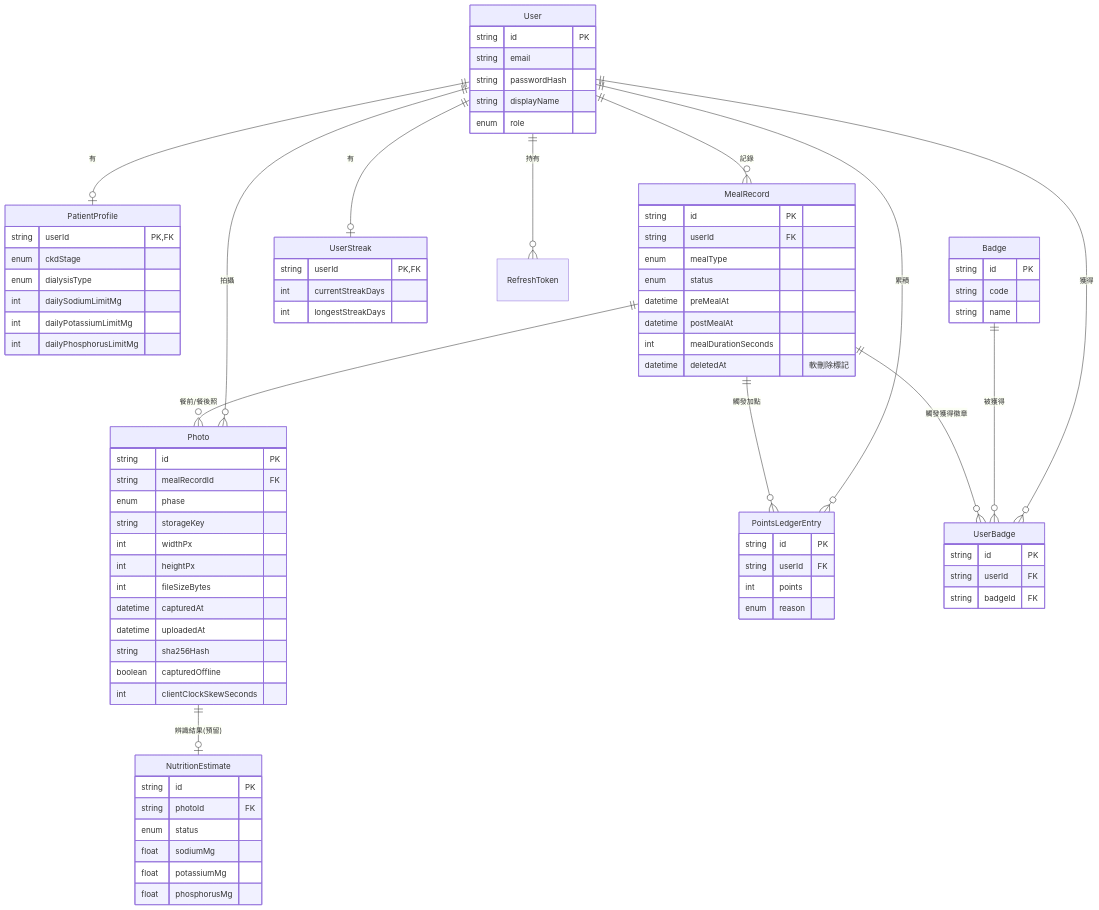
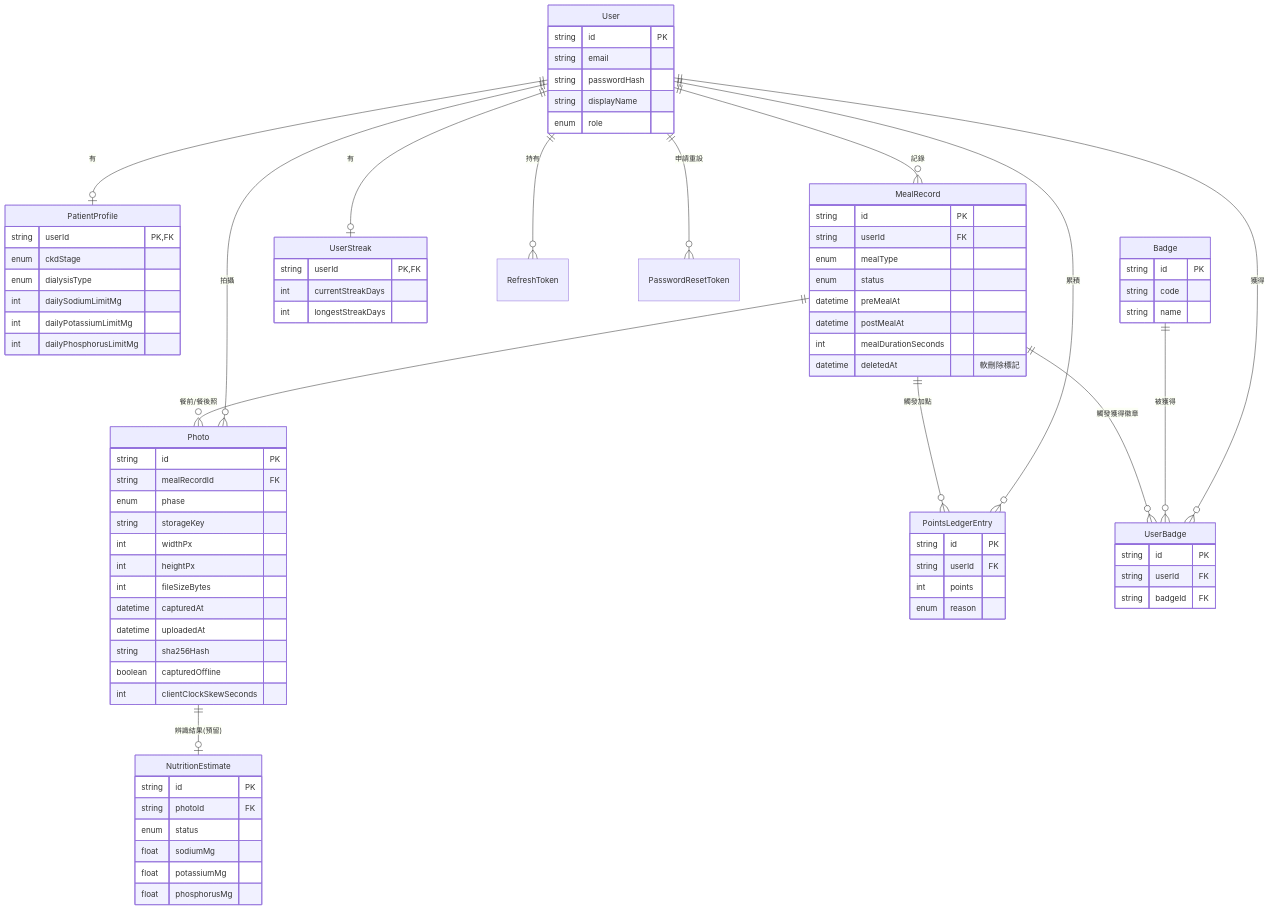
The diagram in docs/DATABASE.md (rayyar28/kidney-diet-app), drawn with Mermaid before and after one commit. The commit also changed other lines of this file and 25 other files, not shown here.

```diff
--- a/docs/DATABASE.md
+++ b/docs/DATABASE.md
@@ -14,6 +14,7 @@
     User ||--o| UserStreak : "有"
     User ||--o{ UserBadge : "獲得"
     User ||--o{ RefreshToken : "持有"
+    User ||--o{ PasswordResetToken : "申請重設"
 
     MealRecord ||--o{ Photo : "餐前/餐後照"
     Photo ||--o| NutritionEstimate : "辨識結果(預留)"
```
